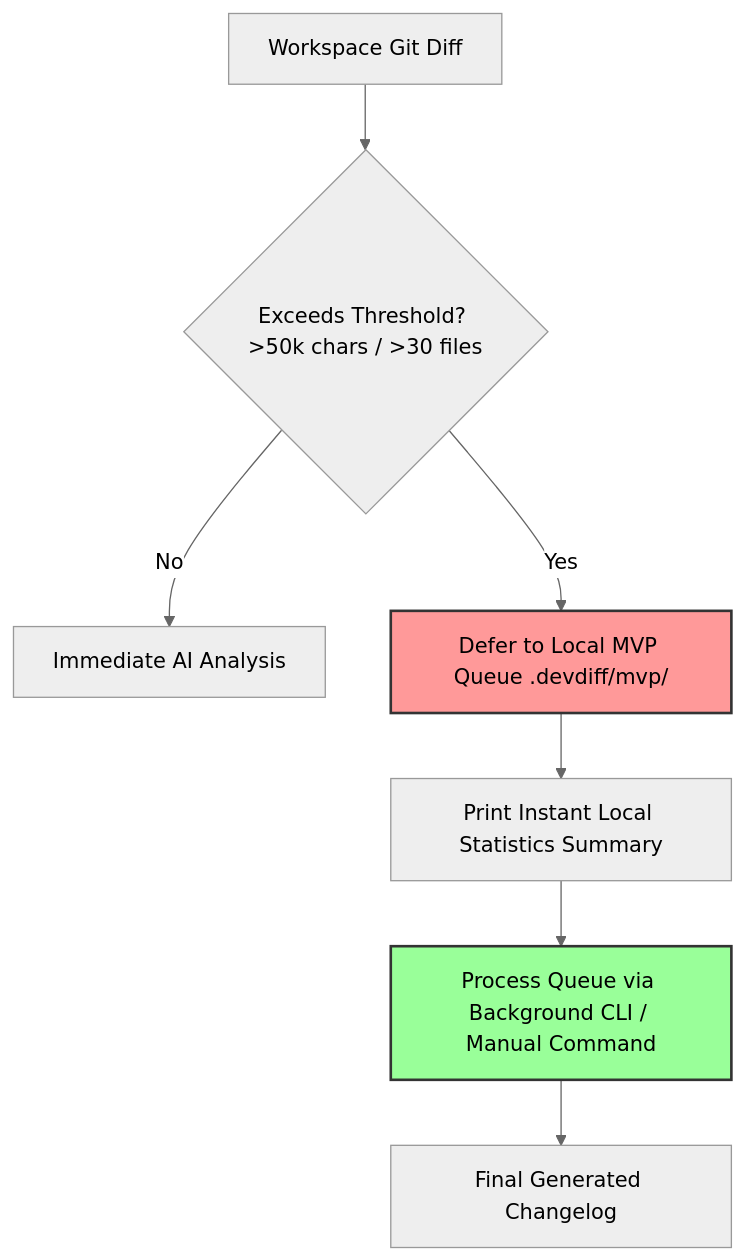
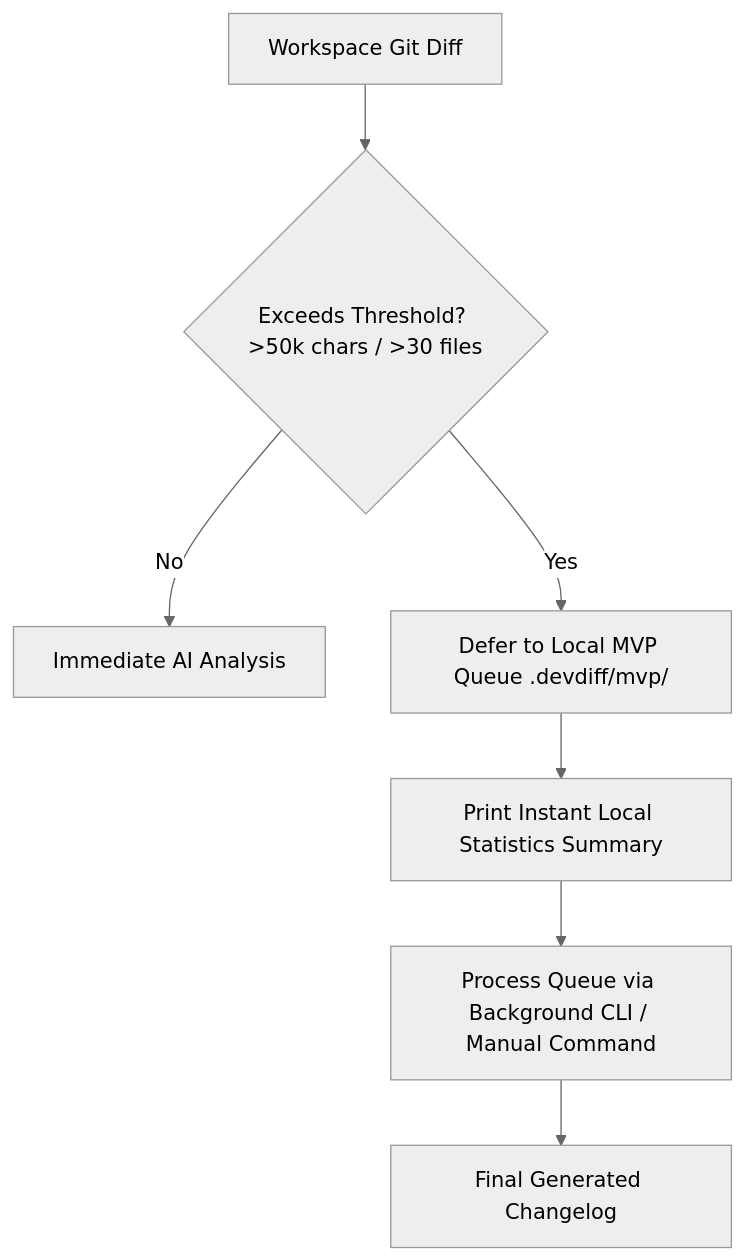
Before and after one commit to EldrexDelosReyesBula/DevDiff: the diagram in docs/features/mvp-mode.md, drawn with Mermaid (neutral theme). The commit also changed other lines of this file and 187 other files, not shown here.

First line of the commit message:
release: v1.8.0 — multi-registry distribution, plugin architecture & documentation overhaul

````diff
--- a/docs/features/mvp-mode.md
+++ b/docs/features/mvp-mode.md
@@ -11,15 +11,12 @@
 ```mermaid
 flowchart TD
     Diff[Workspace Git Diff] --> Threshold{Exceeds Threshold? >50k chars / >30 files}
 
     Threshold -->|No| DirectAI[Immediate AI Analysis]
 
     Threshold -->|Yes| Defer[Defer to Local MVP Queue .devdiff/mvp/]
     Defer --> Summary[Print Instant Local Statistics Summary]
 
     Summary --> AsyncProcess[Process Queue via Background CLI / Manual Command]
     AsyncProcess --> FinalChangelog[Final Generated Changelog]
-
-    style Defer fill:#f99,stroke:#333,stroke-width:2px
-    style AsyncProcess fill:#9f9,stroke:#333,stroke-width:2px
 ```
````
